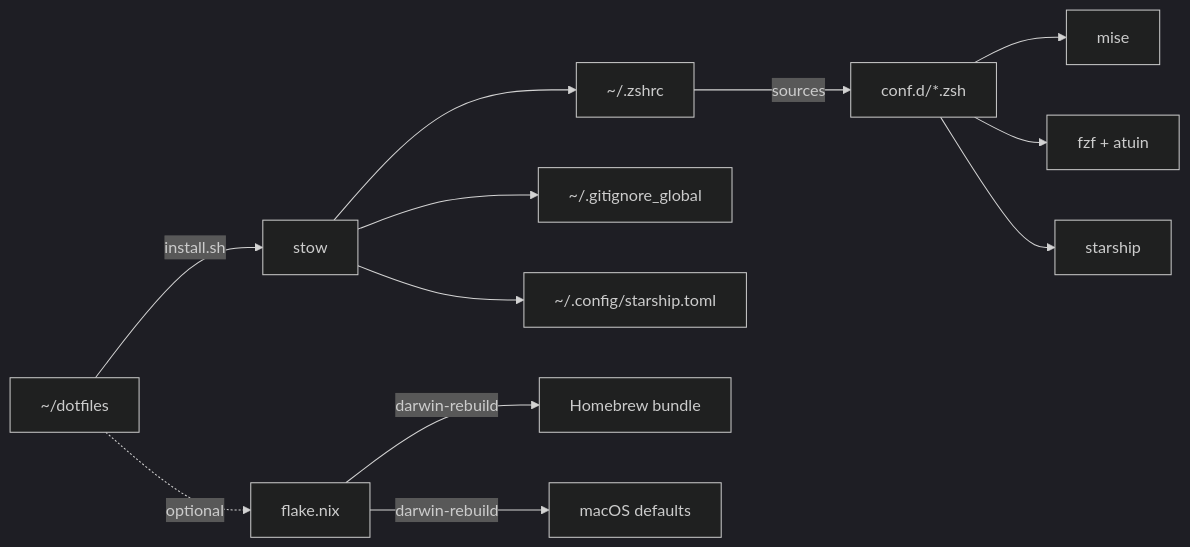
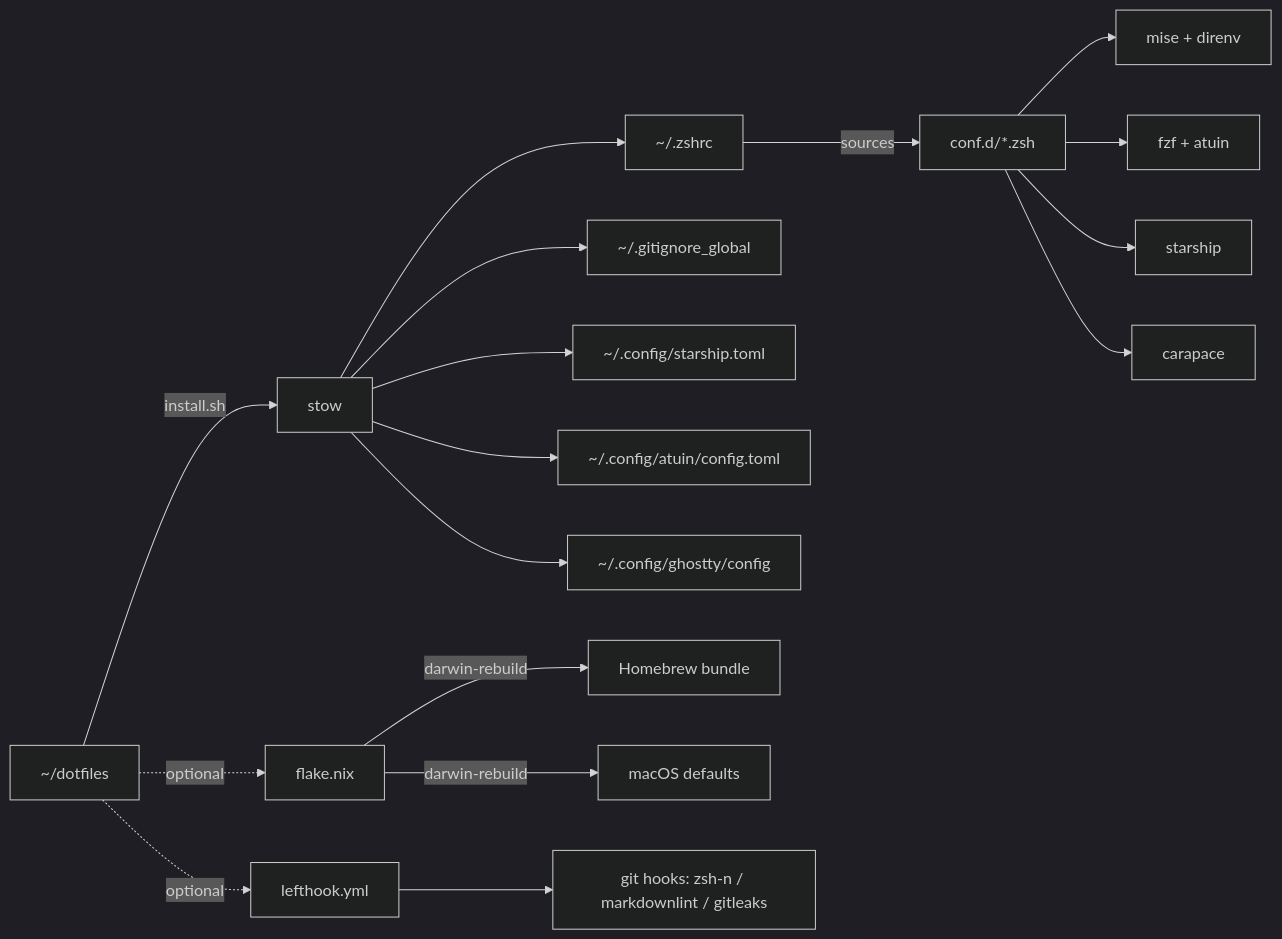
The diagram in README.md (kanywst/dotfiles), drawn with Mermaid (dark theme) before and after one commit. The commit also changed other lines of this file, not shown here.

Commit message:
docs(readme): add carapace/atuin-daemon/ghostty/mise-tasks/lefthook layers

````diff
--- a/README.md
+++ b/README.md
@@ -74,14 +84,19 @@
 ```mermaid
 flowchart LR
     A[~/dotfiles] -->|install.sh| B[stow]
     B --> Z[~/.zshrc]
     B --> G[~/.gitignore_global]
     B --> S[~/.config/starship.toml]
+    B --> AT[~/.config/atuin/config.toml]
+    B --> GT[~/.config/ghostty/config]
     Z -->|sources| C[conf.d/*.zsh]
-    C --> M[mise]
+    C --> M[mise + direnv]
     C --> F[fzf + atuin]
     C --> P[starship]
+    C --> CR[carapace]
     A -.->|optional| N[flake.nix]
     N -->|darwin-rebuild| H[Homebrew bundle]
     N -->|darwin-rebuild| D[macOS defaults]
+    A -.->|optional| LH[lefthook.yml]
+    LH --> HG[git hooks: zsh-n / markdownlint / gitleaks]
 ```
````
